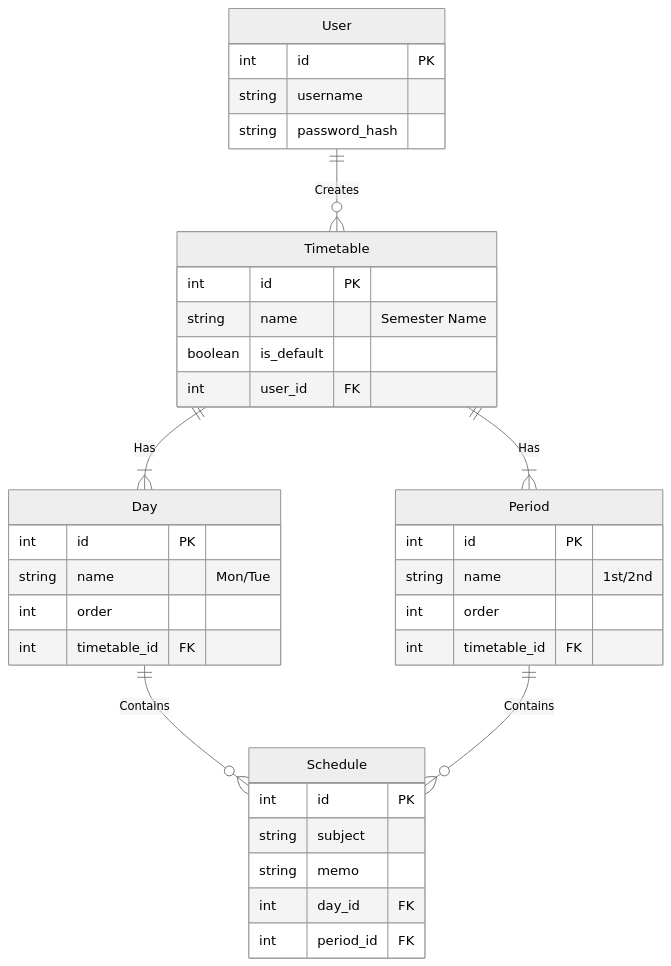
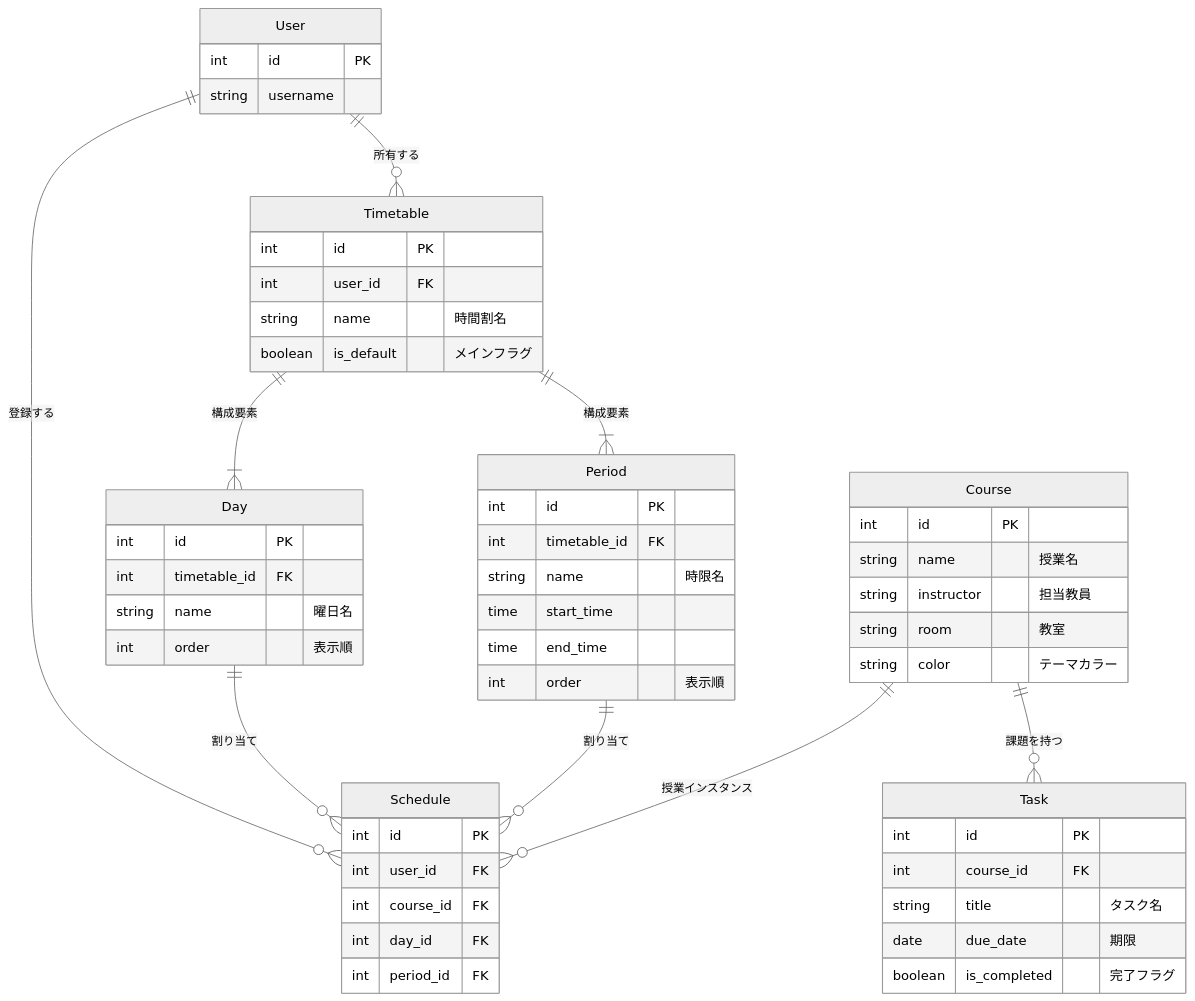
Before and after one commit to Takahashi-kimchi/Bed-motto-muri-tettsuyas: the second of 2 diagrams in README.md, drawn with Mermaid.

Commit message:
Revise ER diagram and database schema descriptions
Updated ER diagram and table details with Japanese labels.

````diff
--- a/README.md
+++ b/README.md
@@ -116,46 +116,66 @@
 ```mermaid
 %%{init: {'theme': 'neutral'} }%%
 erDiagram
-    %% 定義
-    User ||--o{ Timetable : "Creates"
-    Timetable ||--|{ Day : "Has"
-    Timetable ||--|{ Period : "Has"
-    Day ||--o{ Schedule : "Contains"
-    Period ||--o{ Schedule : "Contains"
+    User ||--o{ Timetable : "所有する"
+    User ||--o{ Schedule : "登録する"
+    Timetable ||--|{ Day : "構成要素"
+    Timetable ||--|{ Period : "構成要素"
+    
+    Day ||--o{ Schedule : "割り当て"
+    Period ||--o{ Schedule : "割り当て"
+    
+    Course ||--o{ Schedule : "授業インスタンス"
+    Course ||--o{ Task : "課題を持つ"
 
-    %% テーブル詳細
     User {
         int id PK
         string username
-        string password_hash
     }
 
     Timetable {
         int id PK
-        string name "Semester Name"
-        boolean is_default
         int user_id FK
+        string name "時間割名"
+        boolean is_default "メインフラグ"
     }
 
     Day {
         int id PK
-        string name "Mon/Tue"
-        int order
         int timetable_id FK
+        string name "曜日名"
+        int order "表示順"
     }
 
     Period {
         int id PK
-        string name "1st/2nd"
-        int order
         int timetable_id FK
+        string name "時限名"
+        time start_time
+        time end_time
+        int order "表示順"
+    }
+
+    Course {
+        int id PK
+        string name "授業名"
+        string instructor "担当教員"
+        string room "教室"
+        string color "テーマカラー"
     }
 
     Schedule {
         int id PK
-        string subject
-        string memo
+        int user_id FK
+        int course_id FK
         int day_id FK
         int period_id FK
     }
+
+    Task {
+        int id PK
+        int course_id FK
+        string title "タスク名"
+        date due_date "期限"
+        boolean is_completed "完了フラグ"
+    }
 ```
````
